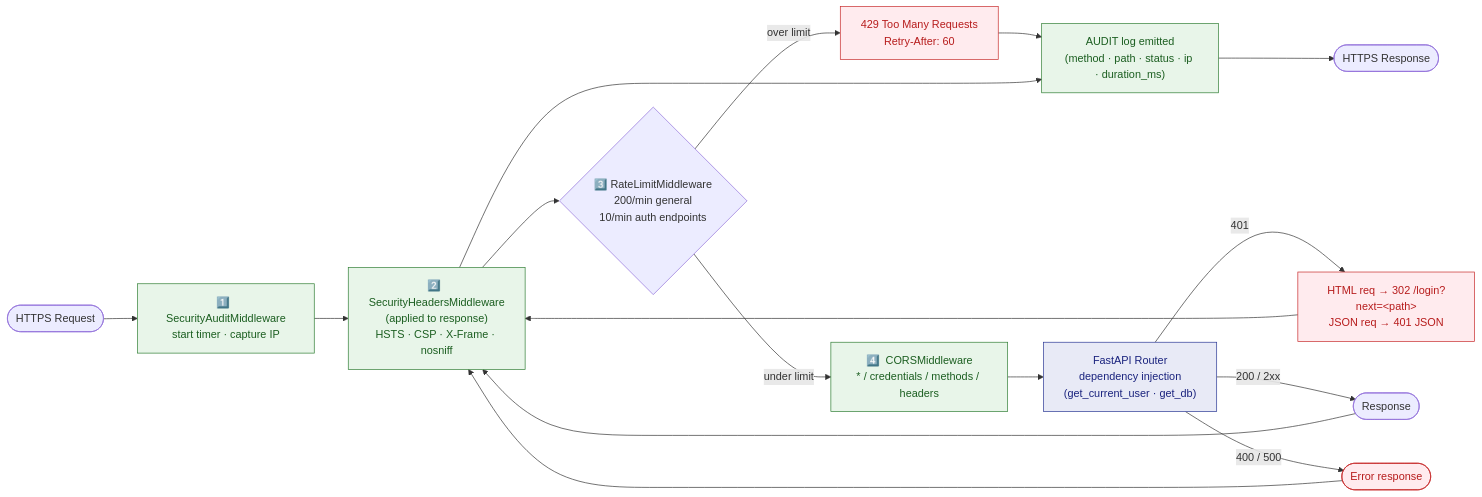
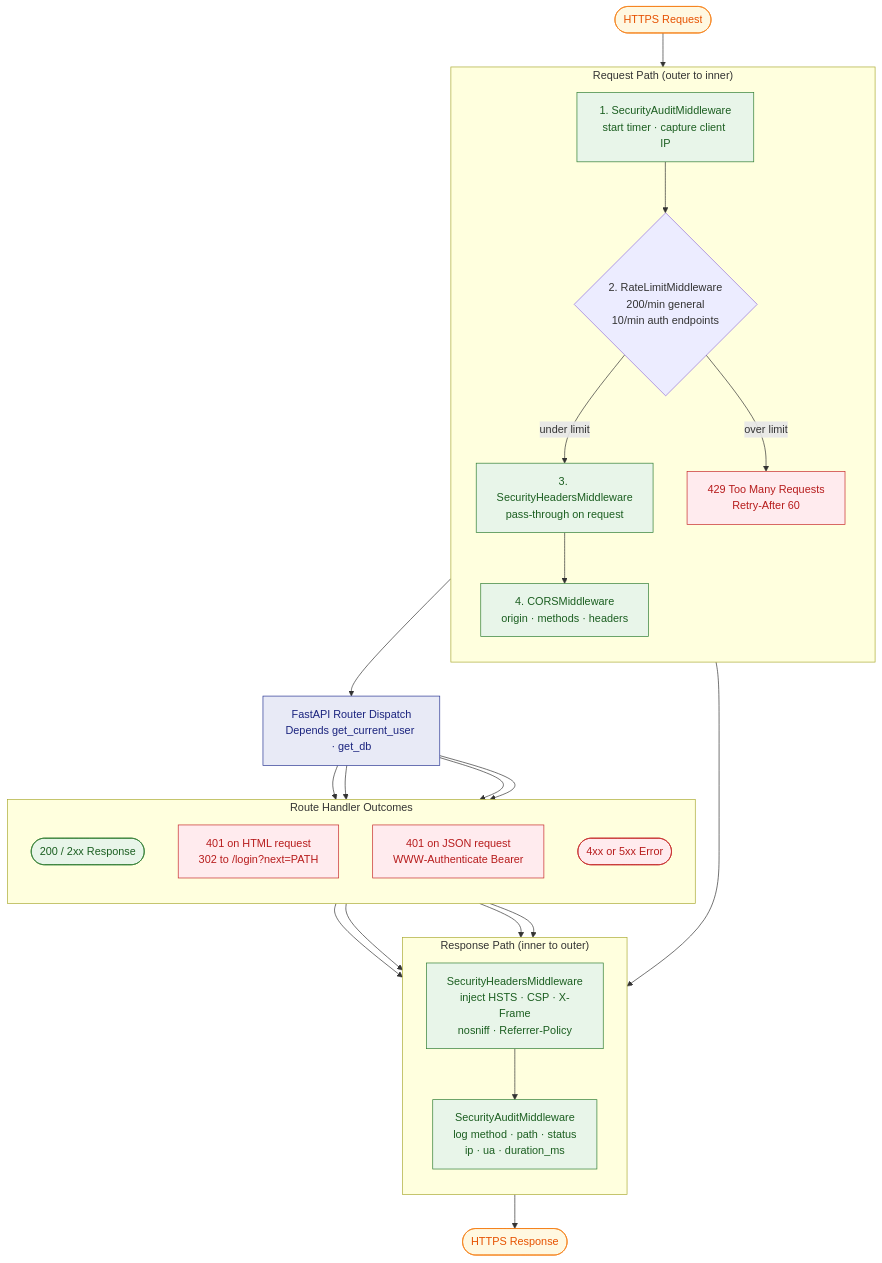
One commit to skondla/fastAPIWebApp changed the sixth of 13 diagrams in README.md. Above: the diagram before and after it, drawn with Mermaid. The commit also changed other lines of this file, not shown here.

````diff
--- a/README.md
+++ b/README.md
@@ -619,35 +620,57 @@
 ```mermaid
-flowchart LR
+flowchart TB
     classDef pass fill:#E8F5E9,stroke:#2E7D32,color:#1B5E20
     classDef block fill:#FFEBEE,stroke:#C62828,color:#B71C1C
     classDef route fill:#E8EAF6,stroke:#283593,color:#1A237E
+    classDef phase fill:#FFF8E1,stroke:#F57F17,color:#E65100
 
-    REQ([HTTPS Request])
-    REQ --> AUDIT
+    REQ([HTTPS Request]):::phase
 
-    AUDIT["1️⃣  SecurityAuditMiddleware<br/>start timer · capture IP"]:::pass
-    AUDIT --> HEADERS
+    subgraph REQPATH["Request Path  (outer to inner)"]
+        direction TB
+        AUDIT_IN["1. SecurityAuditMiddleware<br/>start timer · capture client IP"]:::pass
+        RATE{"2. RateLimitMiddleware<br/>200/min general<br/>10/min auth endpoints"}
+        R429["429 Too Many Requests<br/>Retry-After 60"]:::block
+        HDR_IN["3. SecurityHeadersMiddleware<br/>pass-through on request"]:::pass
+        CORS["4. CORSMiddleware<br/>origin · methods · headers"]:::pass
+    end
 
-    HEADERS["2️⃣  SecurityHeadersMiddleware<br/>(applied to response)<br/>HSTS · CSP · X-Frame · nosniff"]:::pass
-    HEADERS --> RATE
+    ROUTE["FastAPI Router Dispatch<br/>Depends get_current_user · get_db"]:::route
 
-    RATE{"3️⃣  RateLimitMiddleware<br/>200/min general<br/>10/min auth endpoints"}
-    RATE -->|over limit| R429["429 Too Many Requests<br/>Retry-After: 60"]:::block
-    RATE -->|under limit| CORS
+    subgraph HANDLERS["Route Handler Outcomes"]
+        direction TB
+        OK(["200 / 2xx Response"]):::pass
+        REDIR["401 on HTML request<br/>302 to /login?next=PATH"]:::block
+        JSON401["401 on JSON request<br/>WWW-Authenticate Bearer"]:::block
+        ERR(["4xx or 5xx Error"]):::block
+    end
 
-    CORS["4️⃣  CORSMiddleware<br/>* / credentials / methods / headers"]:::pass
+    subgraph RESPATH["Response Path  (inner to outer)"]
+        direction TB
+        HDR_OUT["SecurityHeadersMiddleware<br/>inject HSTS · CSP · X-Frame<br/>nosniff · Referrer-Policy"]:::pass
+        AUDIT_OUT["SecurityAuditMiddleware<br/>log method · path · status<br/>ip · ua · duration_ms"]:::pass
+    end
+
+    OUT([HTTPS Response]):::phase
+
+    REQ --> AUDIT_IN
+    AUDIT_IN --> RATE
+    RATE -->|under limit| HDR_IN
+    RATE -->|over limit| R429
+    HDR_IN --> CORS
     CORS --> ROUTE
 
-    ROUTE["FastAPI Router<br/>dependency injection<br/>(get_current_user · get_db)"]:::route
-    ROUTE -->|401| AUTH_REDIR["HTML req → 302 /login?next=&lt;path&gt;<br/>JSON req → 401 JSON"]:::block
-    ROUTE -->|200 / 2xx| RESP([Response])
-    ROUTE -->|400 / 500| ERR(["Error response"]):::block
+    ROUTE --> OK
+    ROUTE --> REDIR
+    ROUTE --> JSON401
+    ROUTE --> ERR
 
-    RESP --> HEADERS
-    ERR --> HEADERS
-    AUTH_REDIR --> HEADERS
+    OK --> HDR_OUT
+    REDIR --> HDR_OUT
+    JSON401 --> HDR_OUT
+    ERR --> HDR_OUT
+    R429 --> HDR_OUT
 
-    R429 --> AUDIT_OUT
-    HEADERS --> AUDIT_OUT["AUDIT log emitted<br/>(method · path · status · ip · duration_ms)"]:::pass
-    AUDIT_OUT --> OUT([HTTPS Response])
+    HDR_OUT --> AUDIT_OUT
+    AUDIT_OUT --> OUT
 ```
````
